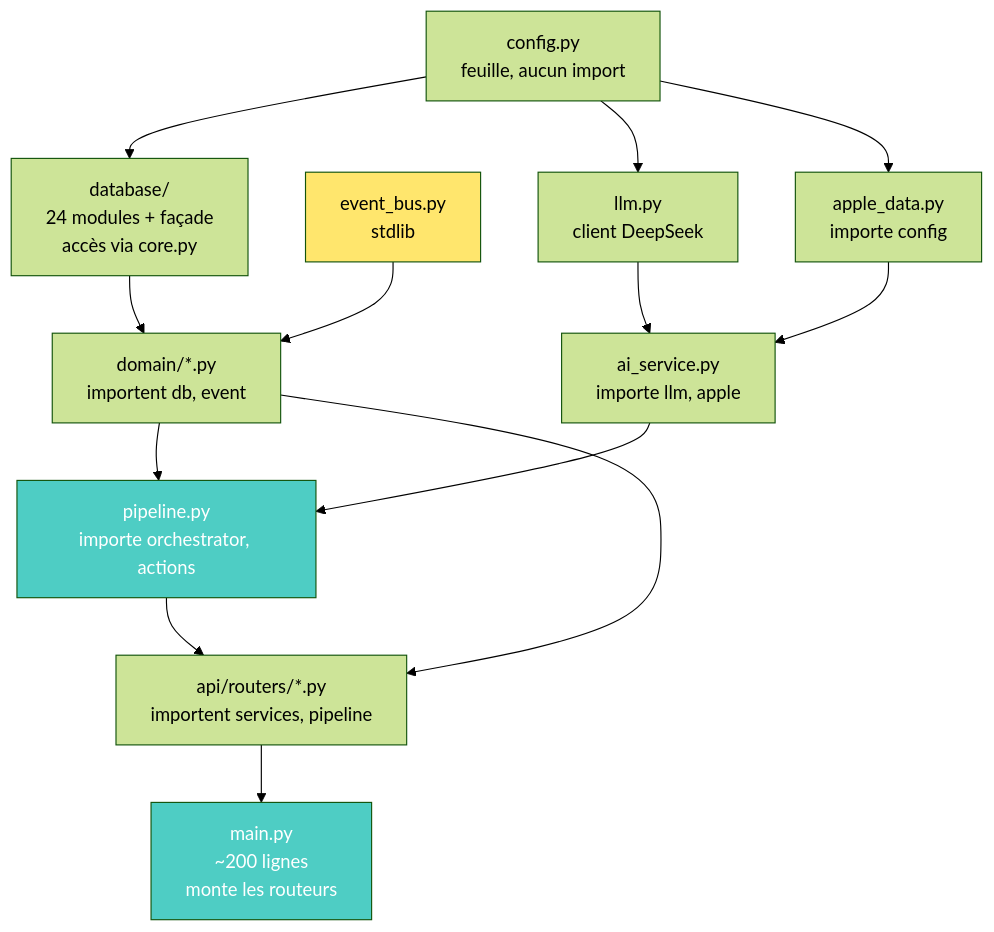
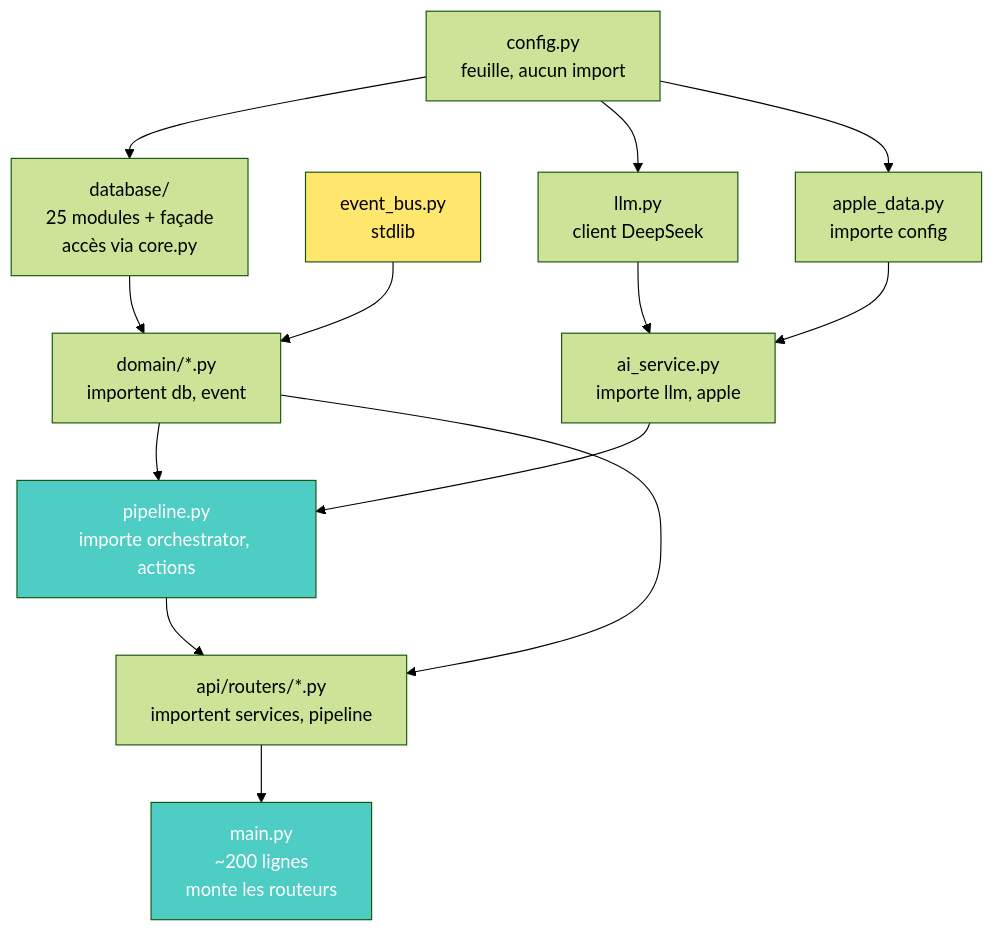
One commit to AVTAVANTTOUT2/JarvisAPI changed the third of 3 diagrams in Architecture/08_ARCHITECTURE_CIBLE.md. Above: the diagram before and after it, drawn with Mermaid (forest theme). The commit also changed other lines of this file and 21 other files, not shown here.

````diff
--- a/Architecture/08_ARCHITECTURE_CIBLE.md
+++ b/Architecture/08_ARCHITECTURE_CIBLE.md
@@ -214,33 +216,33 @@
 ```mermaid
 graph TB
     CONFIG["config.py<br/>feuille, aucun import"]
     EVENT["event_bus.py<br/>stdlib"]
-    DB["database/<br/>24 modules + façade<br/>accès via core.py"]
+    DB["database/<br/>25 modules + façade<br/>accès via core.py"]
     LLM_CLIENT["llm.py<br/>client DeepSeek"]
 
     SERVICES["domain/*.py<br/>importent db, event"]
     APPLE["apple_data.py<br/>importe config"]
     AI["ai_service.py<br/>importe llm, apple"]
 
     PIPELINE["pipeline.py<br/>importe orchestrator, actions"]
     ROUTERS["api/routers/*.py<br/>importent services, pipeline"]
 
     MAIN["main.py<br/>~200 lignes<br/>monte les routeurs"]
 
     CONFIG --> DB
     CONFIG --> LLM_CLIENT
     CONFIG --> APPLE
     DB --> SERVICES
     EVENT --> SERVICES
     LLM_CLIENT --> AI
     APPLE --> AI
     SERVICES --> PIPELINE
     AI --> PIPELINE
     PIPELINE --> ROUTERS
     SERVICES --> ROUTERS
     ROUTERS --> MAIN
 
     style MAIN fill:#4ecdc4,color:#fff
     style PIPELINE fill:#4ecdc4,color:#fff
     style EVENT fill:#ffe66d,color:#000
 ```
````
